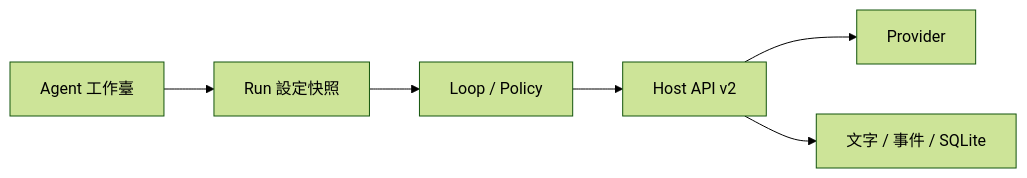
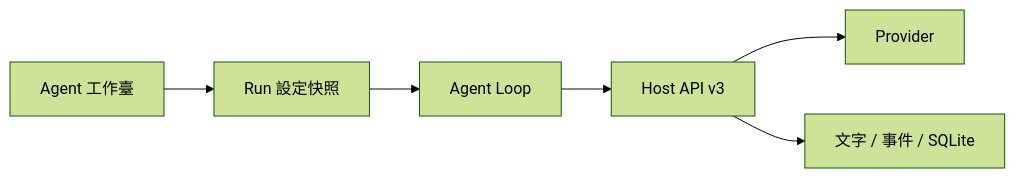
The diagram in README.md (HsinPu/OpenSprite), drawn with Mermaid (forest theme) before and after one commit. The commit also changed other lines of this file and 68 other files, not shown here.

Commit message:
feat(agent): unify execution plugins under Agent Loop API v3

````diff
--- a/README.md
+++ b/README.md
@@ -111,8 +111,8 @@
 ```mermaid
 flowchart LR
   UI[Agent 工作臺] --> Run[Run 設定快照]
-  Run --> Loop[Loop / Policy]
-  Loop --> Host[Host API v2]
+  Run --> Loop[Agent Loop]
+  Loop --> Host[Host API v3]
   Host --> Provider[Provider]
   Host --> State[文字 / 事件 / SQLite]
 ```
````
